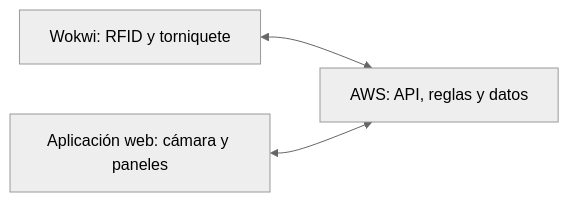
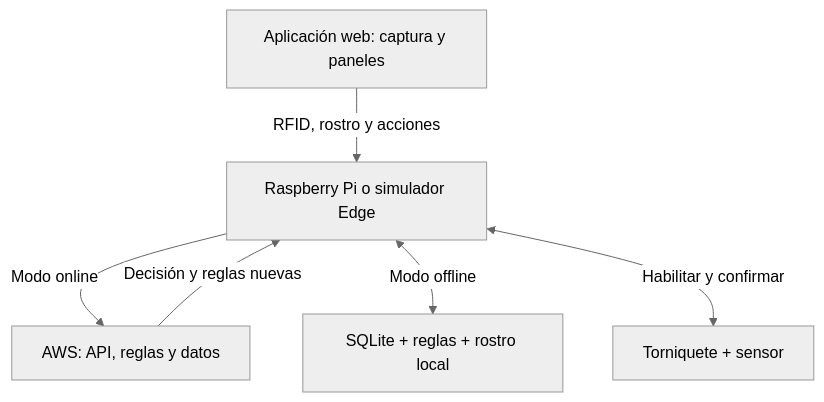
Before and after one commit to Aburahamu20/Project_You_shall_not_pass: the first of 4 diagrams in README.md, drawn with Mermaid (neutral theme). The commit also changed other lines of this file and 24 other files, not shown here.

Commit message:
docs: definir arquitectura híbrida AWS y Raspberry Pi

````diff
--- a/README.md
+++ b/README.md
@@ -135,5 +136,8 @@
 ```mermaid
-flowchart LR
-    W["Wokwi: RFID y torniquete"] <--> A["AWS: API, reglas y datos"]
-    V["Aplicación web: cámara y paneles"] <--> A
+flowchart TD
+    WEB["Aplicación web: captura y paneles"] -->|"RFID, rostro y acciones"| EDGE["Raspberry Pi o simulador Edge"]
+    EDGE -->|"Modo online"| AWS["AWS: API, reglas y datos"]
+    AWS -->|"Decisión y reglas nuevas"| EDGE
+    EDGE <-->|"Modo offline"| LOCAL["SQLite + reglas + rostro local"]
+    EDGE <-->|"Habilitar y confirmar"| TURN["Torniquete + sensor"]
 ```
````
